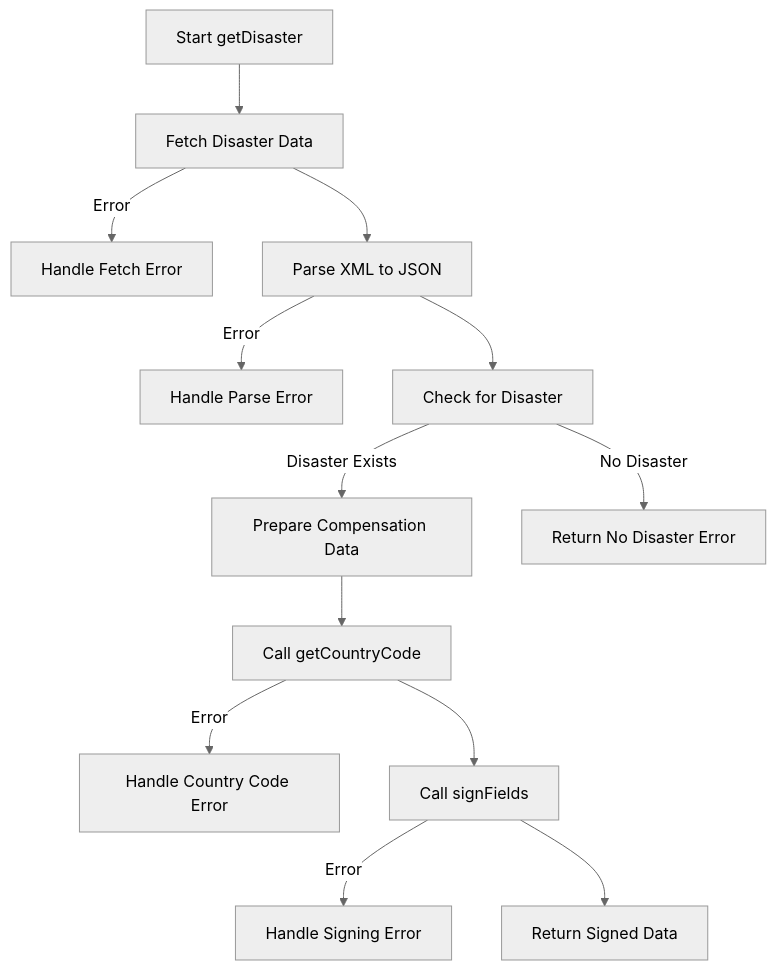
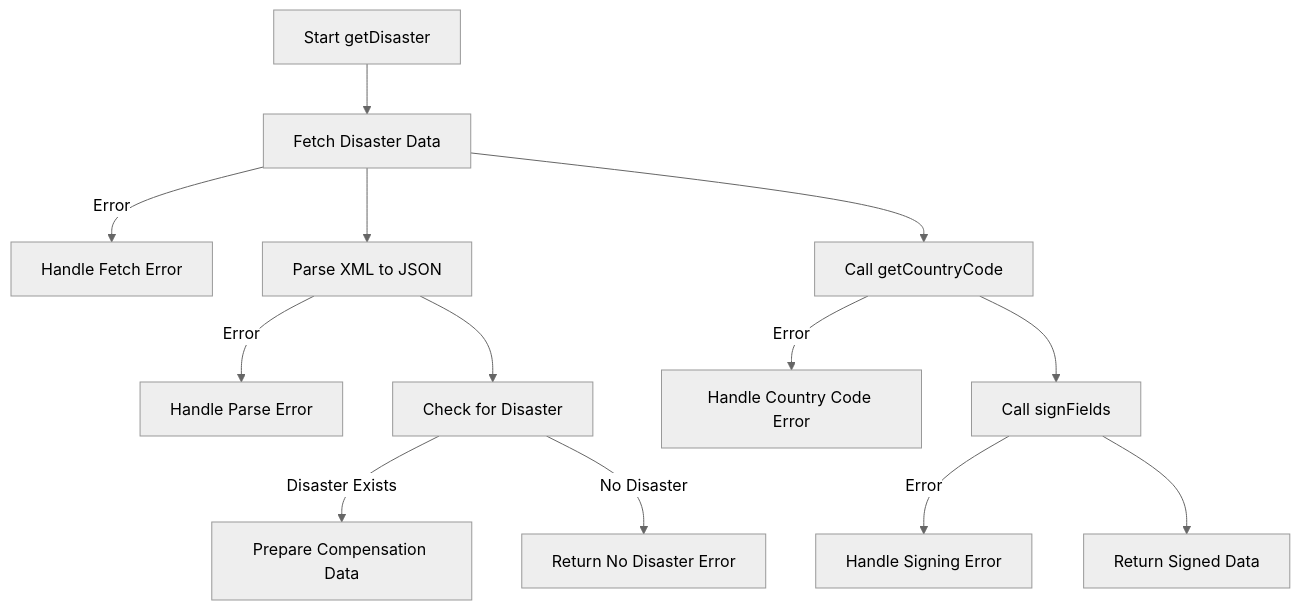
Before and after one commit to zguesmi/PRENDICO: the second of 5 diagrams in README.md, drawn with Mermaid (neutral theme).

Commit message:
modify disaster api

````diff
--- a/README.md
+++ b/README.md
@@ -48,16 +48,16 @@
 ```mermaid
 graph TD
     A[Start getDisaster] --> B[Fetch Disaster Data]
     B -->|Error| Z[Handle Fetch Error]
     B --> C[Parse XML to JSON]
+    B --> G[Call getCountryCode]
     C -->|Error| Y[Handle Parse Error]
     C --> D[Check for Disaster]
     D -->|Disaster Exists| E[Prepare Compensation Data]
     D -->|No Disaster| F[Return No Disaster Error]
-    E --> G[Call getCountryCode]
     G -->|Error| X[Handle Country Code Error]
     G --> H[Call signFields]
     H -->|Error| W[Handle Signing Error]
     H --> I[Return Signed Data]
 
 ```
````
